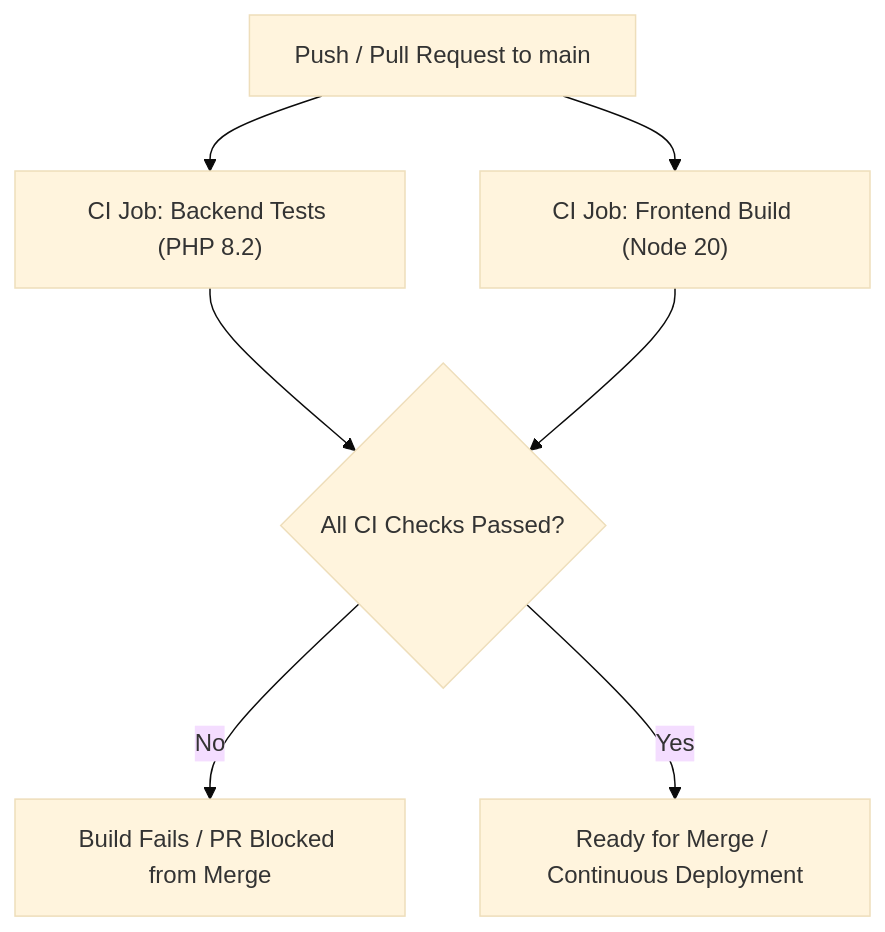
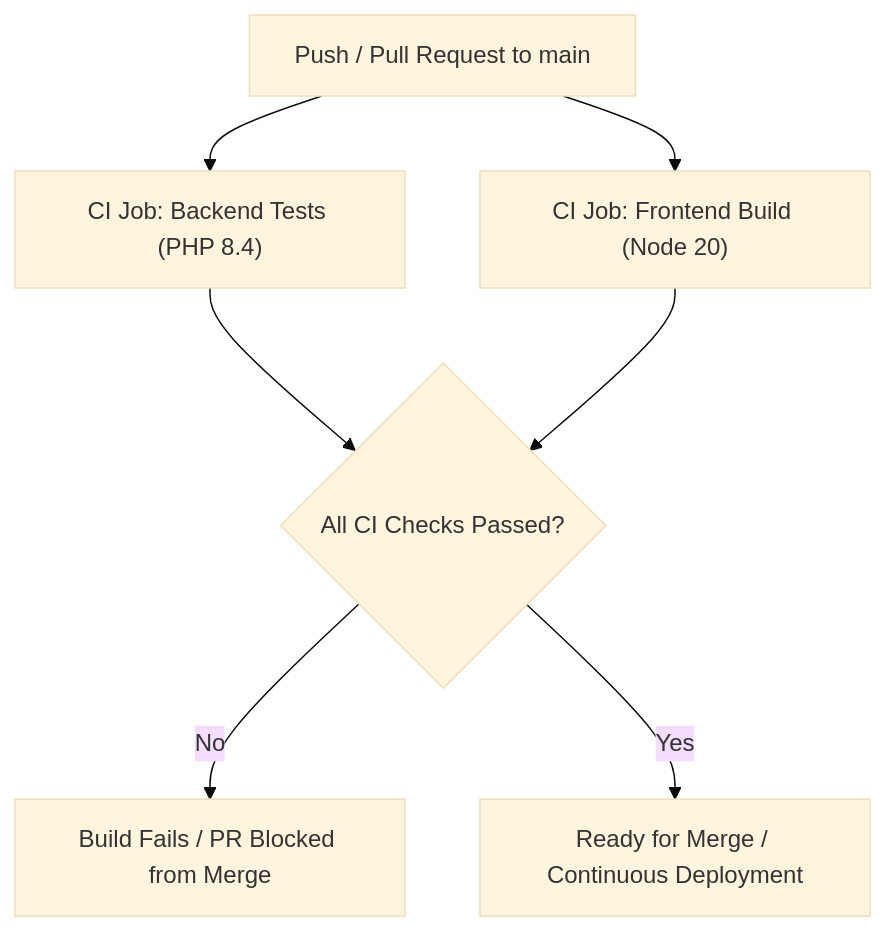
The diagram in DEPLOYMENT.md (hassaanrana07/BrickBeam-Construction-Management-System-), drawn with Mermaid (base theme) before and after one commit. The commit also changed other lines of this file and 5 other files, not shown here.

````diff
--- a/DEPLOYMENT.md
+++ b/DEPLOYMENT.md
@@ -54,9 +54,9 @@
 ```mermaid
 flowchart TD
-    A["Push / Pull Request to main"] --> B["CI Job: Backend Tests (PHP 8.2)"]
+    A["Push / Pull Request to main"] --> B["CI Job: Backend Tests (PHP 8.4)"]
     A --> C["CI Job: Frontend Build (Node 20)"]
     B --> D{"All CI Checks Passed?"}
     C --> D
     D -- "No" --> E["Build Fails / PR Blocked from Merge"]
     D -- "Yes" --> F["Ready for Merge / Continuous Deployment"]
 ```
````
